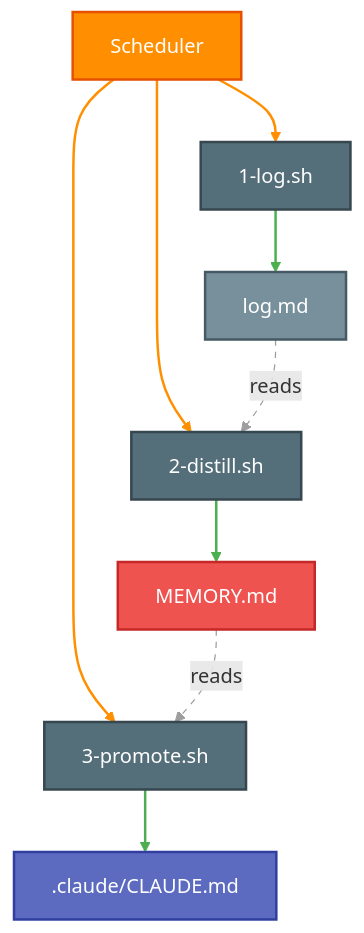
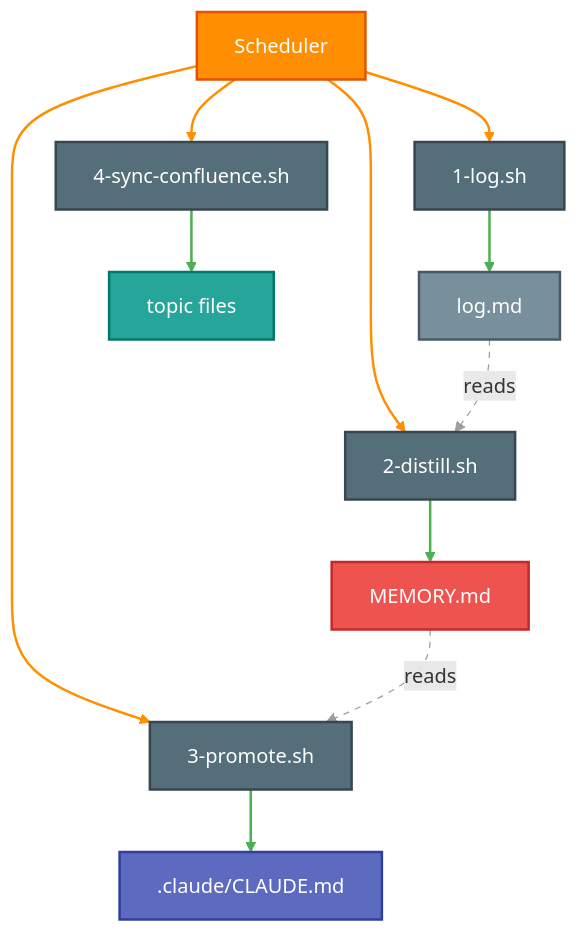
Before and after one commit to jameswniu/claude-os: the third of 3 diagrams in README.md, drawn with Mermaid. The commit also changed other lines of this file and 2 other files, not shown here.

Commit message:
Add Confluence sync script and department use cases to README

````diff
--- a/README.md
+++ b/README.md
@@ -55,27 +73,31 @@
 ```mermaid
 flowchart TD
     C["Scheduler"]
 
     C --> L1["1-log.sh"]
     C --> L2["2-distill.sh"]
     C --> L3["3-promote.sh"]
+    C --> L4["4-sync-confluence.sh"]
 
     L1 --> LOG["log.md"]
     L2 --> MEM["MEMORY.md"]
     L3 --> RUL[".claude/CLAUDE.md"]
+    L4 --> TOP["topic files"]
 
     LOG -. reads .-> L2
     MEM -. reads .-> L3
 
     style C fill:#FF8F00,color:#fff,stroke:#E65100,stroke-width:2px
     style L1 fill:#546E7A,color:#fff,stroke:#37474F,stroke-width:2px
     style L2 fill:#546E7A,color:#fff,stroke:#37474F,stroke-width:2px
     style L3 fill:#546E7A,color:#fff,stroke:#37474F,stroke-width:2px
+    style L4 fill:#546E7A,color:#fff,stroke:#37474F,stroke-width:2px
     style LOG fill:#78909C,color:#fff,stroke:#455A64,stroke-width:2px
     style MEM fill:#EF5350,color:#fff,stroke:#C62828,stroke-width:2px
     style RUL fill:#5C6BC0,color:#fff,stroke:#303F9F,stroke-width:2px
+    style TOP fill:#26A69A,color:#fff,stroke:#00796B,stroke-width:2px
 
-    linkStyle 0,1,2 stroke:#FF8F00,stroke-width:2px
-    linkStyle 3,4,5 stroke:#4CAF50,stroke-width:2px
-    linkStyle 6,7 stroke:#9E9E9E,stroke-width:1px,stroke-dasharray:5
+    linkStyle 0,1,2,3 stroke:#FF8F00,stroke-width:2px
+    linkStyle 4,5,6,7 stroke:#4CAF50,stroke-width:2px
+    linkStyle 8,9 stroke:#9E9E9E,stroke-width:1px,stroke-dasharray:5
 ```
````
